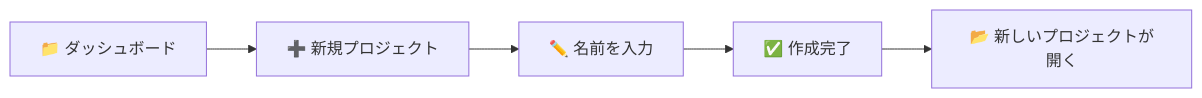
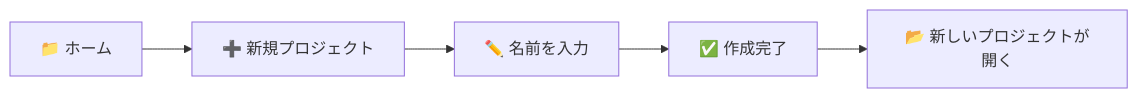
One commit to yoshiwo3/PlantUML2_Opus4.5 changed the fifth of 33 diagrams in docs/proposals/05_機能一覧表_20251213.md. Above: the diagram before and after it, drawn with Mermaid. The commit also changed other lines of this file and 27 other files, not shown here.

````diff
--- a/docs/proposals/05_機能一覧表_20251213.md
+++ b/docs/proposals/05_機能一覧表_20251213.md
@@ -597,7 +597,7 @@
 ```mermaid
 flowchart LR
-    A["📁 ダッシュボード"] --> B["➕ 新規プロジェクト"]
+    A["📁 ホーム"] --> B["➕ 新規プロジェクト"]
     B --> C["✏️ 名前を入力"]
     C --> D["✅ 作成完了"]
     D --> E["📂 新しいプロジェクトが開く"]
 ```
````
